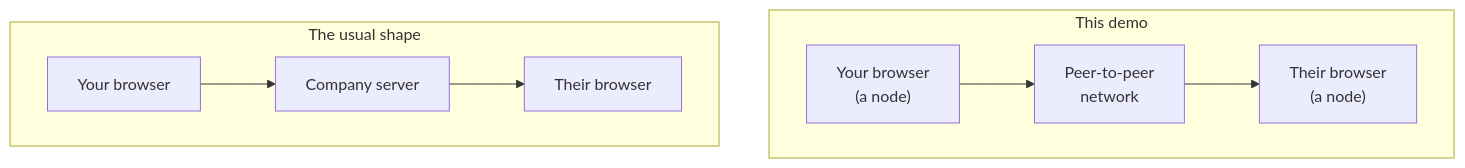
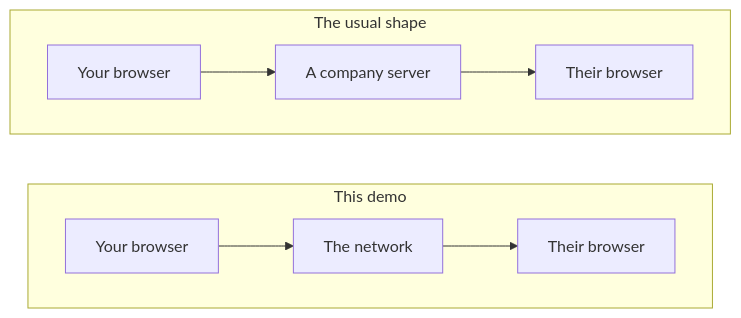
The first of 3 diagrams in apps/logos-demos/src/demos/messaging/how-it-works.md (logos-co/logos-web), drawn with Mermaid before and after one commit. The commit also changed other lines of this file and 3 other files, not shown here.

First line of the commit message:
fix(logos-demos): make the explainer diagrams readable

````diff
--- a/apps/logos-demos/src/demos/messaging/how-it-works.md
+++ b/apps/logos-demos/src/demos/messaging/how-it-works.md
@@ -6,12 +6,12 @@
 ```mermaid
-flowchart LR
+flowchart TB
   subgraph usual["The usual shape"]
     direction LR
-    A1["Your browser"] --> S1["Company server"] --> B1["Their browser"]
+    A1["Your browser"] --> S1["A company server"] --> B1["Their browser"]
   end
   subgraph here["This demo"]
     direction LR
-    A2["Your browser<br/>(a node)"] --> N["Peer-to-peer<br/>network"] --> B2["Their browser<br/>(a node)"]
+    A2["Your browser"] --> N["The network"] --> B2["Their browser"]
   end
   usual ~~~ here
 ```
````
